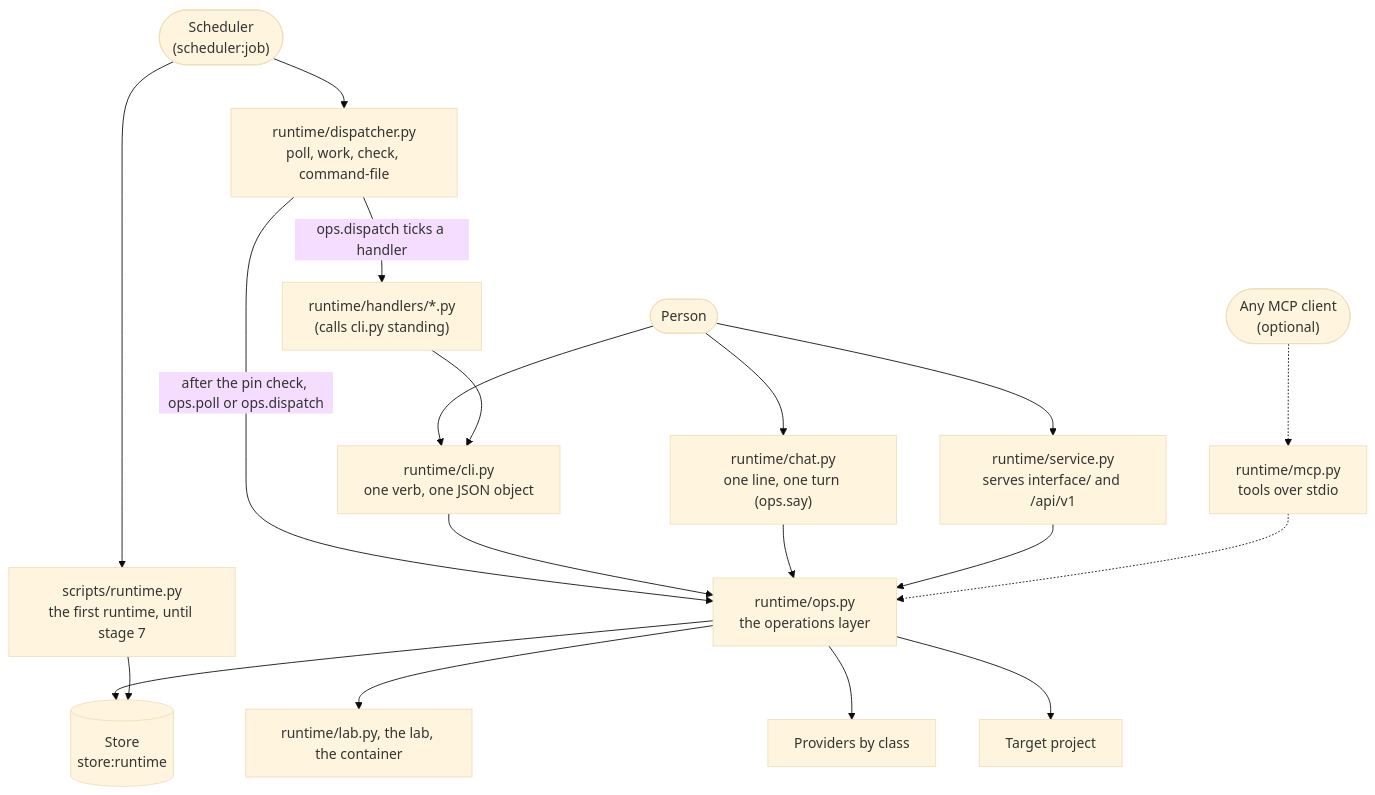
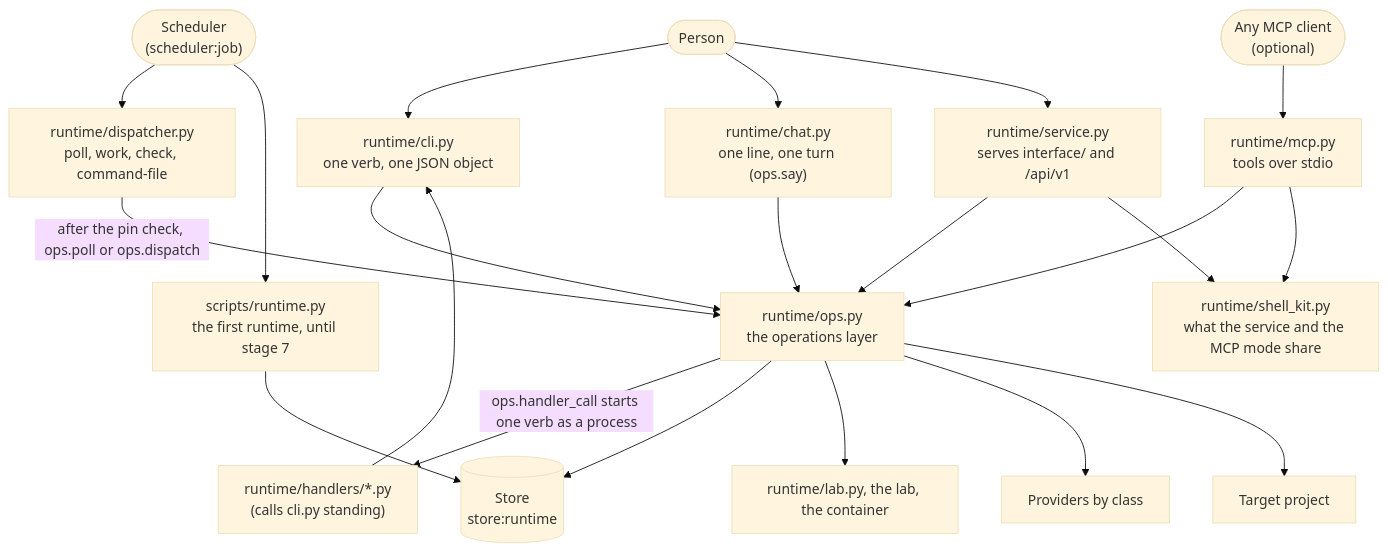
The diagram in docs/architecture/platform/shells.md (chrissgon/ai-workbench), drawn with Mermaid (base theme) before and after one commit. The commit also changed other lines of this file and 4 other files, not shown here.

First line of the commit message:
docs(architecture): the shells page follows the code of the four shells and the pages (WP-D.3) (#265)

````diff
--- a/docs/architecture/platform/shells.md
+++ b/docs/architecture/platform/shells.md
@@ -13,37 +13,40 @@
 ```mermaid
 flowchart TB
     P(["Person"])
     S(["Scheduler<br/>(scheduler:job)"])
     CLI["runtime/cli.py<br/>one verb, one JSON object"]
     CHAT["runtime/chat.py<br/>one line, one turn (ops.say)"]
     DISP["runtime/dispatcher.py<br/>poll, work, check, command-file"]
     H["runtime/handlers/*.py<br/>(calls cli.py standing)"]
     SVC["runtime/service.py<br/>serves interface/ and /api/v1"]
     MCP["runtime/mcp.py<br/>tools over stdio"]
+    KIT["runtime/shell_kit.py<br/>what the service and the MCP mode share"]
     C(["Any MCP client<br/>(optional)"])
     OPS["runtime/ops.py<br/>the operations layer"]
     ST[("Store<br/>store:runtime")]
     LAB["runtime/lab.py, the lab, the container"]
     PR["Providers by class"]
     PJ["Target project"]
     OLD["scripts/runtime.py<br/>the first runtime, until stage 7"]
 
     P --> CLI
     P --> CHAT
     P --> SVC
-    C -.-> MCP
+    C --> MCP
     S --> DISP
     S --> OLD
     DISP -->|"after the pin check, ops.poll or ops.dispatch"| OPS
-    DISP -->|"ops.dispatch ticks a handler"| H
+    OPS -->|"ops.handler_call starts one verb as a process"| H
     H --> CLI
     CLI --> OPS
     CHAT --> OPS
     SVC --> OPS
-    MCP -.-> OPS
+    MCP --> OPS
+    SVC --> KIT
+    MCP --> KIT
     OPS --> ST
     OPS --> LAB
     OPS --> PR
     OPS --> PJ
     OLD --> ST
 ```
````
